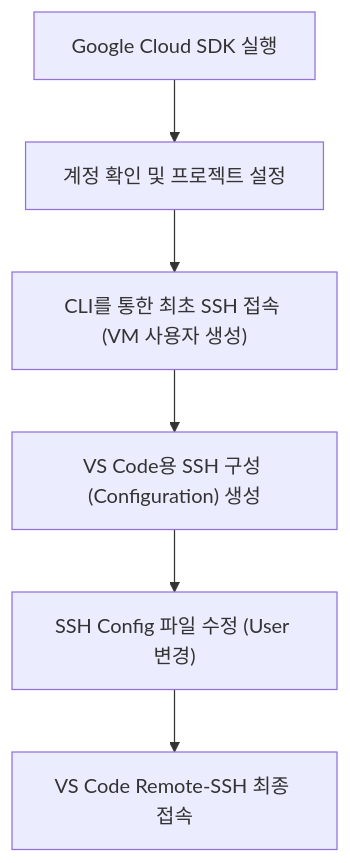
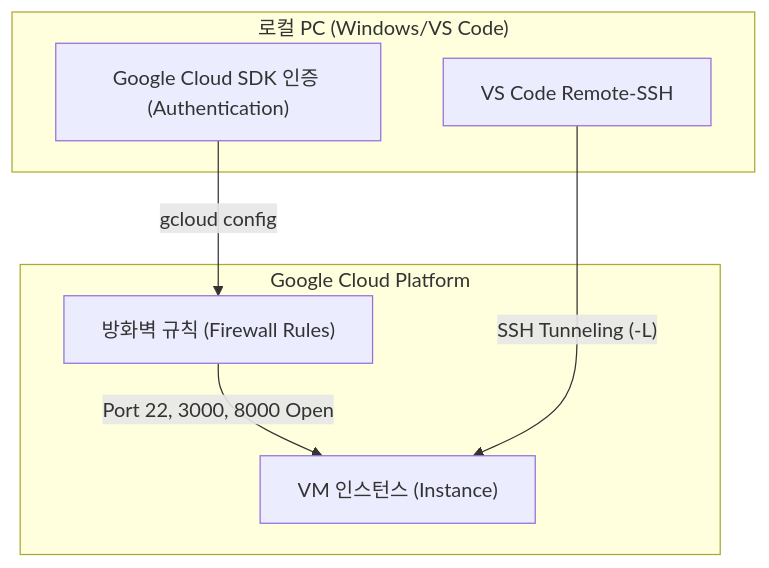
The diagram in docs/doc/GCP_VM_접속가이드.md (krapnuyij/codeit-ai-3team-ad-content), drawn with Mermaid before and after one commit. The commit also changed other lines of this file and 16 other files, not shown here.

````diff
--- a/docs/doc/GCP_VM_접속가이드.md
+++ b/docs/doc/GCP_VM_접속가이드.md
@@ -20,9 +23,17 @@
 ```mermaid
 graph TD
-    A["Google Cloud SDK 실행"] --> B["계정 확인 및 프로젝트 설정"]
-    B --> C["CLI를 통한 최초 SSH 접속 (VM 사용자 생성)"]
-    C --> D["VS Code용 SSH 구성 (Configuration) 생성"]
-    D --> E["SSH Config 파일 수정 (User 변경)"]
-    E --> F["VS Code Remote-SSH 최종 접속"]
+    subgraph Local["로컬 PC (Windows/VS Code)"]
+        A["Google Cloud SDK 인증 (Authentication)"]
+        D["VS Code Remote-SSH"]
+    end
+
+    subgraph GCP["Google Cloud Platform"]
+        B["방화벽 규칙 (Firewall Rules)"]
+        C["VM 인스턴스 (Instance)"]
+    end
+
+    A -->|"gcloud config"| B
+    B -->|"Port 22, 3000, 8000 Open"| C
+    D -->|"SSH Tunneling (-L)"| C
 
 ```
````
